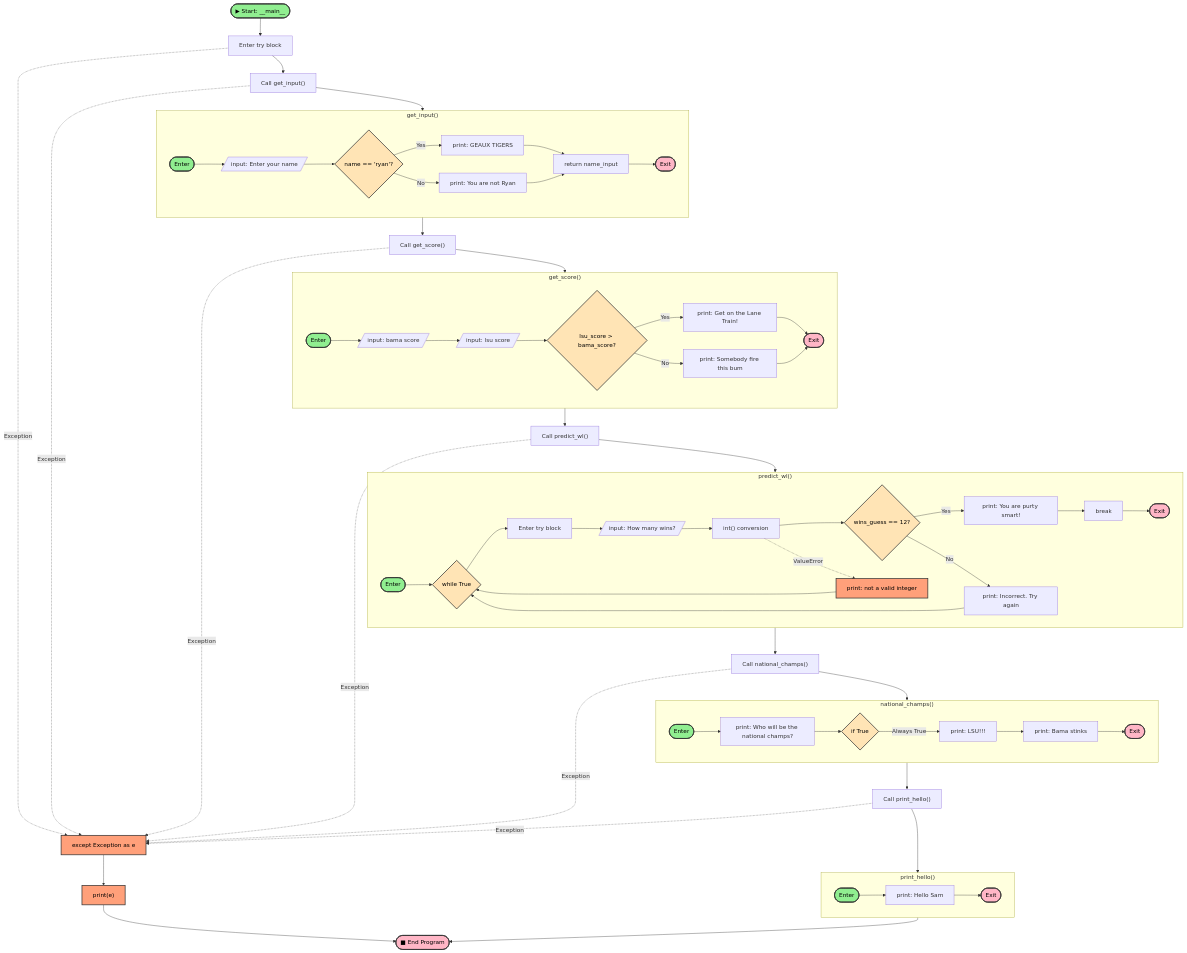
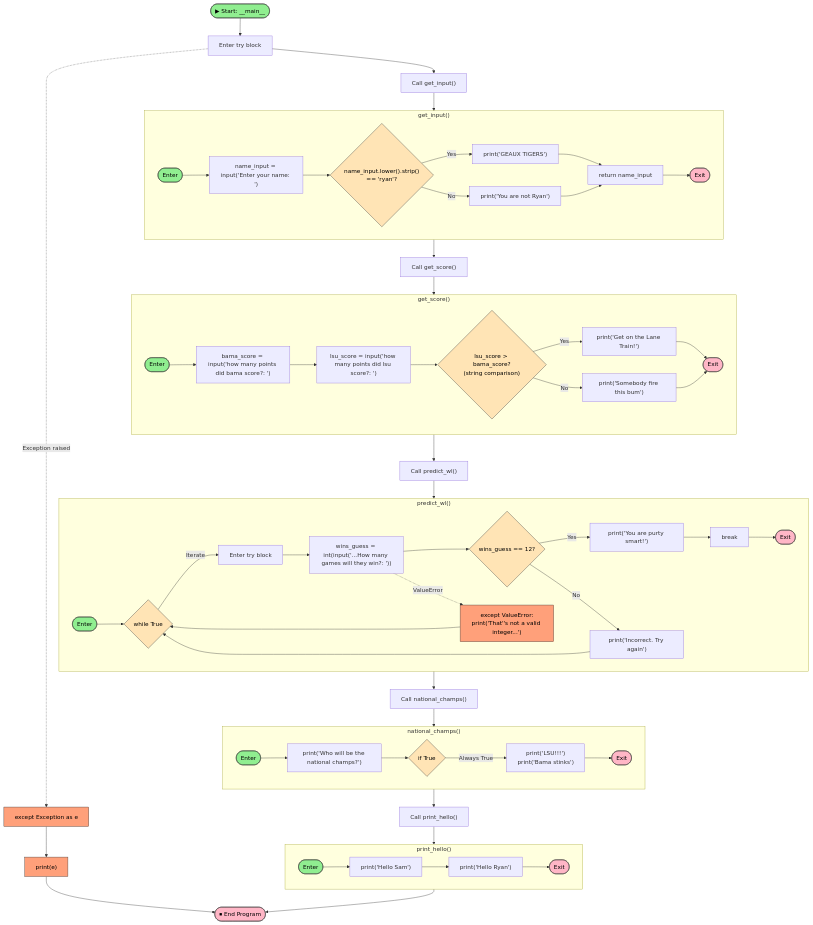
One commit to mching0614/eraser_test changed the diagram in documentation/geaux_tigers_flowchart.md. Above: the diagram before and after it, drawn with Mermaid. The commit also changed other lines of this file, not shown here.

Commit message:
Auto-update: Flow diagram for geaux_tigers.py

````diff
--- a/documentation/geaux_tigers_flowchart.md
+++ b/documentation/geaux_tigers_flowchart.md
@@ -38,98 +34,131 @@
 ```mermaid
 flowchart TB
-    classDef startNode fill:#90EE90,stroke:#333,stroke-width:2px,color:#000
-    classDef endNode fill:#FFB6C6,stroke:#333,stroke-width:2px,color:#000
-    classDef decisionNode fill:#FFE4B5,stroke:#333,stroke-width:2px,color:#000
-    classDef exceptionNode fill:#FFA07A,stroke:#333,stroke-width:2px,color:#000
+    classDef startStyle fill:#90EE90,stroke:#333,color:#000
+    classDef endStyle fill:#FFB6C6,stroke:#333,color:#000
+    classDef decisionStyle fill:#FFE4B5,stroke:#333,color:#000
+    classDef exceptionStyle fill:#FFA07A,stroke:#333,color:#000
 
-    Start(["▶ Start: __main__"]):::startNode
-    MainTryStart["Enter try block"]
+    Start(["▶ Start: __main__"]):::startStyle
+    TryBegin["Enter try block"]
     CallGetInput["Call get_input()"]
     CallGetScore["Call get_score()"]
     CallPredictWL["Call predict_wl()"]
     CallNationalChamps["Call national_champs()"]
     CallPrintHello["Call print_hello()"]
-    MainExcept["except Exception as e"]:::exceptionNode
-    PrintMainError["print(e)"]:::exceptionNode
-    EndProgram(["■ End Program"]):::endNode
+    MainEnd(["⏹ End Program"]):::endStyle
 
-    Start --> MainTryStart
-    MainTryStart --> CallGetInput
+    ExceptBlock["except Exception as e"]:::exceptionStyle
+    PrintException["print(e)"]:::exceptionStyle
+
+    Start --> TryBegin
+    TryBegin --> CallGetInput
     CallGetInput --> GI_Entry
 
-    subgraph get_input_sub ["get_input()"]
+    subgraph get_input_sg ["get_input()"]
         direction LR
-        GI_Entry(["Enter"]):::startNode --> GI_NameInput[/"input: Enter your name"/]
-        GI_NameInput --> GI_Check{"name == 'ryan'?"}:::decisionNode
-        GI_Check -->|Yes| GI_Geaux["print: GEAUX TIGERS"]
-        GI_Check -->|No| GI_NotRyan["print: You are not Ryan"]
-        GI_Geaux --> GI_Return["return name_input"]
-        GI_NotRyan --> GI_Return
-        GI_Return --> GI_Exit(["Exit"]):::endNode
+        GI_Entry(["Enter"]):::startStyle
+        GI_Prompt["name_input = input('Enter your name: ')"]
+        GI_Decision{"name_input.lower().strip()\n== 'ryan'?"}:::decisionStyle
+        GI_Yes["print('GEAUX TIGERS')"]
+        GI_No["print('You are not Ryan')"]
+        GI_Return["return name_input"]
+        GI_Exit(["Exit"]):::endStyle
+
+        GI_Entry --> GI_Prompt
+        GI_Prompt --> GI_Decision
+        GI_Decision -->|Yes| GI_Yes
+        GI_Decision -->|No| GI_No
+        GI_Yes --> GI_Return
+        GI_No --> GI_Return
+        GI_Return --> GI_Exit
     end
 
     GI_Exit --> CallGetScore
     CallGetScore --> GS_Entry
 
-    subgraph get_score_sub ["get_score()"]
+    subgraph get_score_sg ["get_score()"]
         direction LR
-        GS_Entry(["Enter"]):::startNode --> GS_BamaInput[/"input: bama score"/]
-        GS_BamaInput --> GS_LSUInput[/"input: lsu score"/]
-        GS_LSUInput --> GS_Compare{"lsu_score > bama_score?"}:::decisionNode
-        GS_Compare -->|Yes| GS_LaneTrain["print: Get on the Lane Train!"]
-        GS_Compare -->|No| GS_FireBum["print: Somebody fire this bum"]
-        GS_LaneTrain --> GS_Exit(["Exit"]):::endNode
-        GS_FireBum --> GS_Exit
+        GS_Entry(["Enter"]):::startStyle
+        GS_BamaInput["bama_score = input('how many points did bama score?: ')"]
+        GS_LSUInput["lsu_score = input('how many points did lsu score?: ')"]
+        GS_Decision{"lsu_score > bama_score?\n(string comparison)"}:::decisionStyle
+        GS_Yes["print('Get on the Lane Train!')"]
+        GS_No["print('Somebody fire this bum')"]
+        GS_Exit(["Exit"]):::endStyle
+
+        GS_Entry --> GS_BamaInput
+        GS_BamaInput --> GS_LSUInput
+        GS_LSUInput --> GS_Decision
+        GS_Decision -->|Yes| GS_Yes
+        GS_Decision -->|No| GS_No
+        GS_Yes --> GS_Exit
+        GS_No --> GS_Exit
     end
 
     GS_Exit --> CallPredictWL
     CallPredictWL --> PW_Entry
 
-    subgraph predict_wl_sub ["predict_wl()"]
+    subgraph predict_wl_sg ["predict_wl()"]
         direction LR
-        PW_Entry(["Enter"]):::startNode --> PW_LoopStart{"while True"}:::decisionNode
-        PW_LoopStart --> PW_TryStart["Enter try block"]
-        PW_TryStart --> PW_Input[/"input: How many wins?"/]
-        PW_Input --> PW_IntParse["int() conversion"]
-        PW_IntParse --> PW_CheckVal{"wins_guess == 12?"}:::decisionNode
-        PW_CheckVal -->|Yes| PW_Smart["print: You are purty smart!"]
-        PW_Smart --> PW_Break["break"]
-        PW_Break --> PW_Exit(["Exit"]):::endNode
-        PW_CheckVal -->|No| PW_Incorrect["print: Incorrect. Try again"]
-        PW_Incorrect --> PW_LoopStart
-        PW_IntParse -. "ValueError" .-> PW_ValErr["print: not a valid integer"]:::exceptionNode
-        PW_ValErr --> PW_LoopStart
+        PW_Entry(["Enter"]):::startStyle
+        PW_LoopStart{"while True"}:::decisionStyle
+        PW_TryBlock["Enter try block"]
+        PW_Input["wins_guess = int(input('...How many games will they win?: '))"]
+        PW_Check{"wins_guess == 12?"}:::decisionStyle
+        PW_Correct["print('You are purty smart!')"]
+        PW_Break["break"]
+        PW_Wrong["print('Incorrect. Try again')"]
+        PW_ValueError["except ValueError:\nprint('That''s not a valid integer...')"]:::exceptionStyle
+        PW_Exit(["Exit"]):::endStyle
+
+        PW_Entry --> PW_LoopStart
+        PW_LoopStart -->|Iterate| PW_TryBlock
+        PW_TryBlock --> PW_Input
+        PW_Input --> PW_Check
+        PW_Check -->|Yes| PW_Correct
+        PW_Correct --> PW_Break
+        PW_Break --> PW_Exit
+        PW_Check -->|No| PW_Wrong
+        PW_Wrong --> PW_LoopStart
+        PW_Input -. "ValueError" .-> PW_ValueError
+        PW_ValueError --> PW_LoopStart
     end
 
     PW_Exit --> CallNationalChamps
     CallNationalChamps --> NC_Entry
 
-    subgraph national_champs_sub ["national_champs()"]
+    subgraph national_champs_sg ["national_champs()"]
         direction LR
-        NC_Entry(["Enter"]):::startNode --> NC_AskWho["print: Who will be the national champs?"]
-        NC_AskWho --> NC_IfTrue{"if True"}:::decisionNode
-        NC_IfTrue -->|"Always True"| NC_LSU["print: LSU!!!"]
-        NC_LSU --> NC_BamaStinks["print: Bama stinks"]
-        NC_BamaStinks --> NC_Exit(["Exit"]):::endNode
+        NC_Entry(["Enter"]):::startStyle
+        NC_Print1["print('Who will be the national champs?')"]
+        NC_Decision{"if True"}:::decisionStyle
+        NC_Body["print('LSU!!!')\nprint('Bama stinks')"]
+        NC_Exit(["Exit"]):::endStyle
+
+        NC_Entry --> NC_Print1
+        NC_Print1 --> NC_Decision
+        NC_Decision -->|"Always True"| NC_Body
+        NC_Body --> NC_Exit
     end
 
     NC_Exit --> CallPrintHello
     CallPrintHello --> PH_Entry
 
-    subgraph print_hello_sub ["print_hello()"]
+    subgraph print_hello_sg ["print_hello()"]
         direction LR
-        PH_Entry(["Enter"]):::startNode --> PH_Print["print: Hello Sam"]
-        PH_Print --> PH_Exit(["Exit"]):::endNode
+        PH_Entry(["Enter"]):::startStyle
+        PH_Sam["print('Hello Sam')"]
+        PH_Ryan["print('Hello Ryan')"]
+        PH_Exit(["Exit"]):::endStyle
+
+        PH_Entry --> PH_Sam
+        PH_Sam --> PH_Ryan
+        PH_Ryan --> PH_Exit
     end
 
-    PH_Exit --> EndProgram
+    PH_Exit --> MainEnd
 
-    MainTryStart -. "Exception" .-> MainExcept
-    CallGetInput -. "Exception" .-> MainExcept
-    CallGetScore -. "Exception" .-> MainExcept
-    CallPredictWL -. "Exception" .-> MainExcept
-    CallNationalChamps -. "Exception" .-> MainExcept
-    CallPrintHello -. "Exception" .-> MainExcept
-    MainExcept --> PrintMainError
-    PrintMainError --> EndProgram
+    TryBegin -. "Exception raised" .-> ExceptBlock
+    ExceptBlock --> PrintException
+    PrintException --> MainEnd
 ```
````
